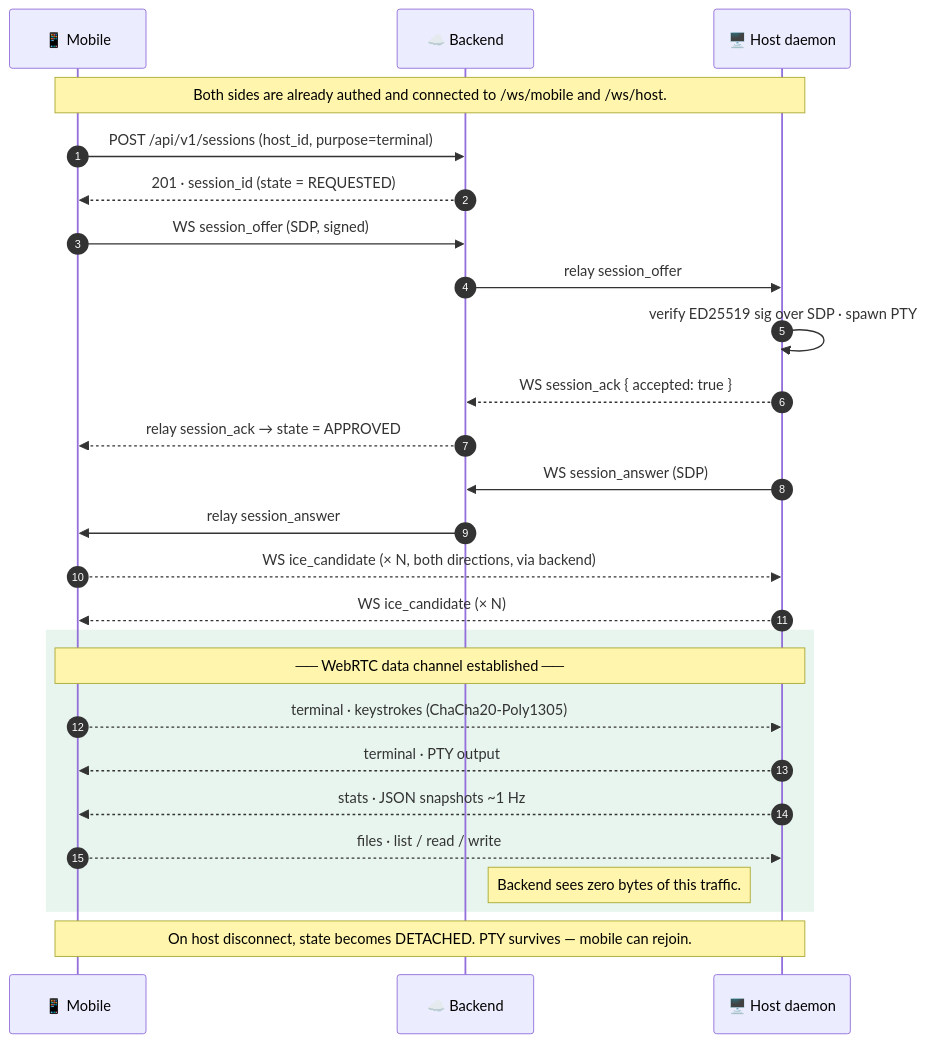
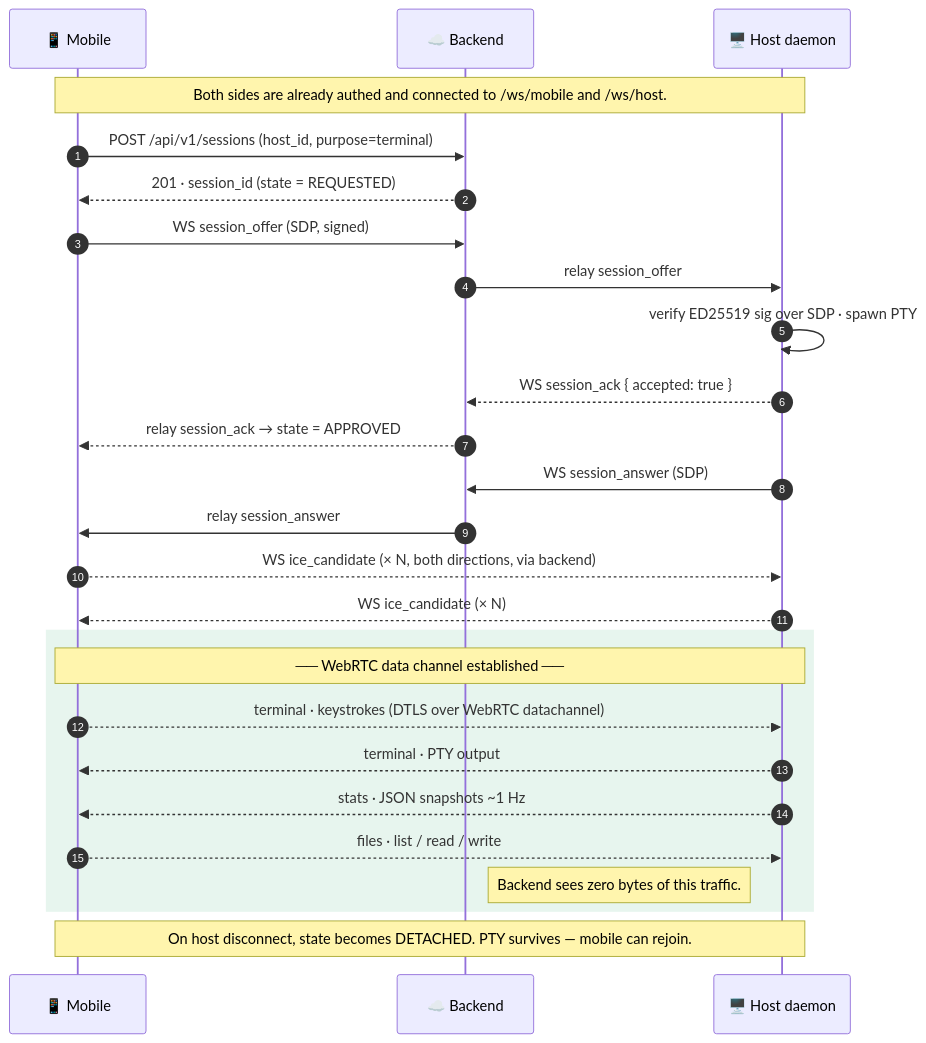
The second of 2 diagrams in README.md (yashagldit/PocketShell), drawn with Mermaid before and after one commit. The commit also changed other lines of this file and 9 other files, not shown here.

````diff
--- a/README.md
+++ b/README.md
@@ -153,32 +165,32 @@
 ```mermaid
 sequenceDiagram
     autonumber
     participant M as 📱 Mobile
     participant B as ☁️ Backend
     participant H as 🖥️ Host daemon
 
     Note over M,H: Both sides are already authed and connected to /ws/mobile and /ws/host.
 
     M->>B: POST /api/v1/sessions  (host_id, purpose=terminal)
     B-->>M: 201 · session_id  (state = REQUESTED)
     M->>B: WS  session_offer  (SDP, signed)
     B->>H: relay  session_offer
     H->>H: verify ED25519 sig over SDP · spawn PTY
     H-->>B: WS  session_ack { accepted: true }
     B-->>M: relay  session_ack  → state = APPROVED
     H->>B: WS  session_answer  (SDP)
     B->>M: relay  session_answer
     M-->>H: WS  ice_candidate (× N, both directions, via backend)
     H-->>M: WS  ice_candidate (× N)
 
     rect rgba(92, 184, 140, 0.15)
       Note over M,H: ── WebRTC data channel established ──
-      M-->>H: terminal · keystrokes (ChaCha20-Poly1305)
+      M-->>H: terminal · keystrokes (DTLS over WebRTC datachannel)
       H-->>M: terminal · PTY output
       H-->>M: stats · JSON snapshots ~1 Hz
       M-->>H: files · list / read / write
       Note right of B: Backend sees zero bytes of this traffic.
     end
 
     Note over M,H: On host disconnect, state becomes DETACHED. PTY survives — mobile can rejoin.
 ```
````
